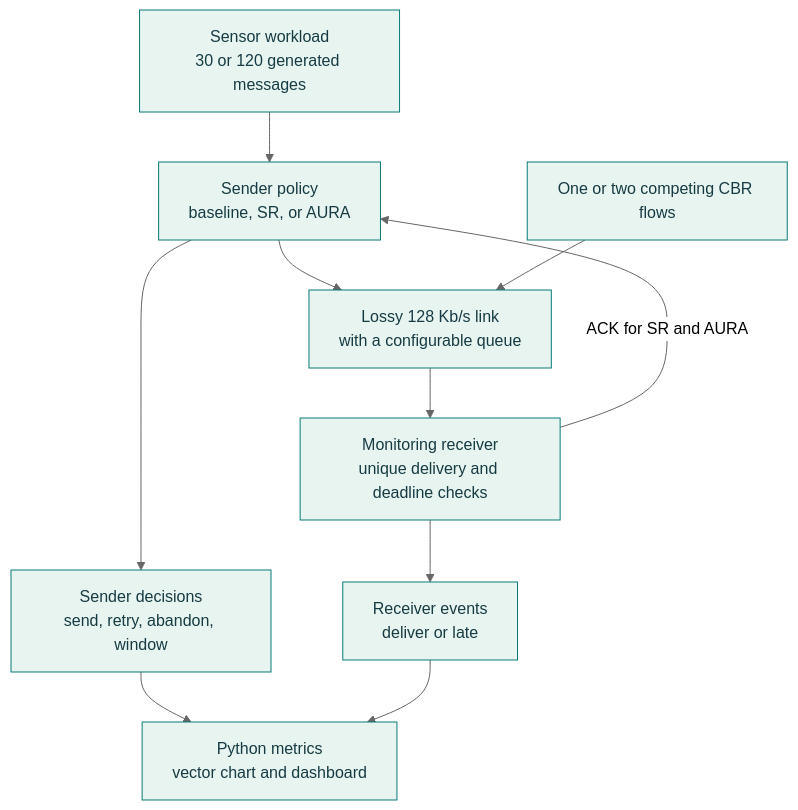
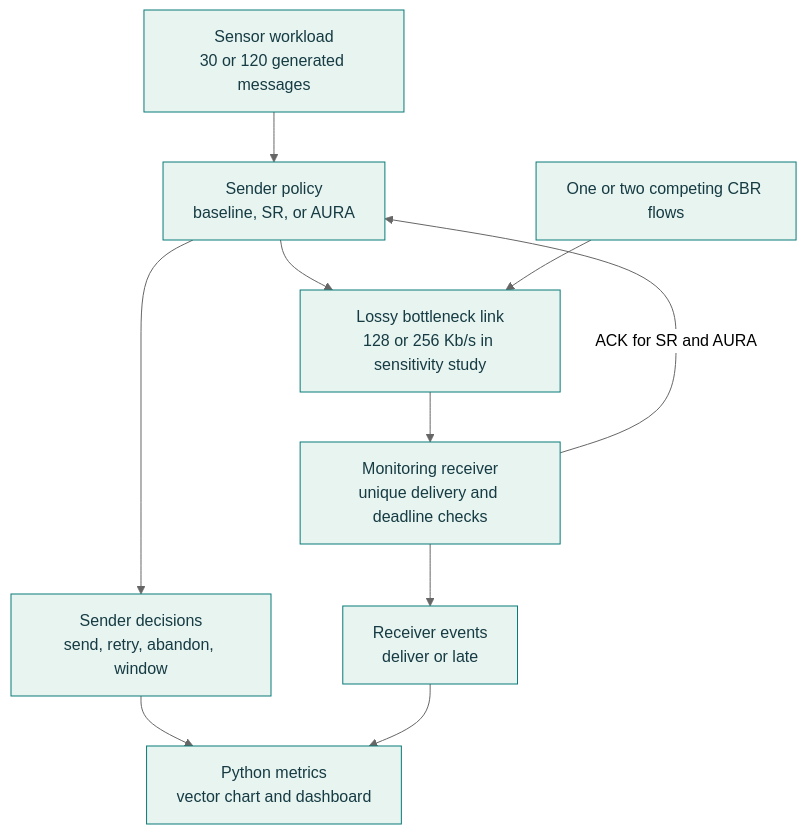
One commit to purvi126/AURA-UDP changed the first of 2 diagrams in README.md. Above: the diagram before and after it, drawn with Mermaid (neutral theme). The commit also changed other lines of this file and 2 other files, not shown here.

Commit message:
docs: explain burst sensitivity and measured limits

````diff
--- a/README.md
+++ b/README.md
@@ -21,12 +21,12 @@
 ```mermaid
 flowchart TB
-  N1["Sensor workload<br/>30 or 120 generated messages"] --> P["Sender policy<br/>baseline, SR, or AURA"] --> N2["Lossy 128 Kb/s link<br/>with a configurable queue"] --> N3["Monitoring receiver<br/>unique delivery and deadline checks"]
+  N1["Sensor workload<br/>30 or 120 generated messages"] --> P["Sender policy<br/>baseline, SR, or AURA"] --> N2["Lossy bottleneck link<br/>128 or 256 Kb/s in sensitivity study"] --> N3["Monitoring receiver<br/>unique delivery and deadline checks"]
   N3 -- "ACK for SR and AURA" --> P
   P --> L["Sender decisions<br/>send, retry, abandon, window"]
   N3 --> E["Receiver events<br/>deliver or late"]
   L --> N5["Python metrics<br/>vector chart and dashboard"]
   E --> N5
   B["One or two competing CBR flows"] --> N2
   classDef simulation fill:#e7f4f0,stroke:#087b78,color:#163b43
   class N1,P,N2,N3,L,E,N5,B simulation
 ```
````
